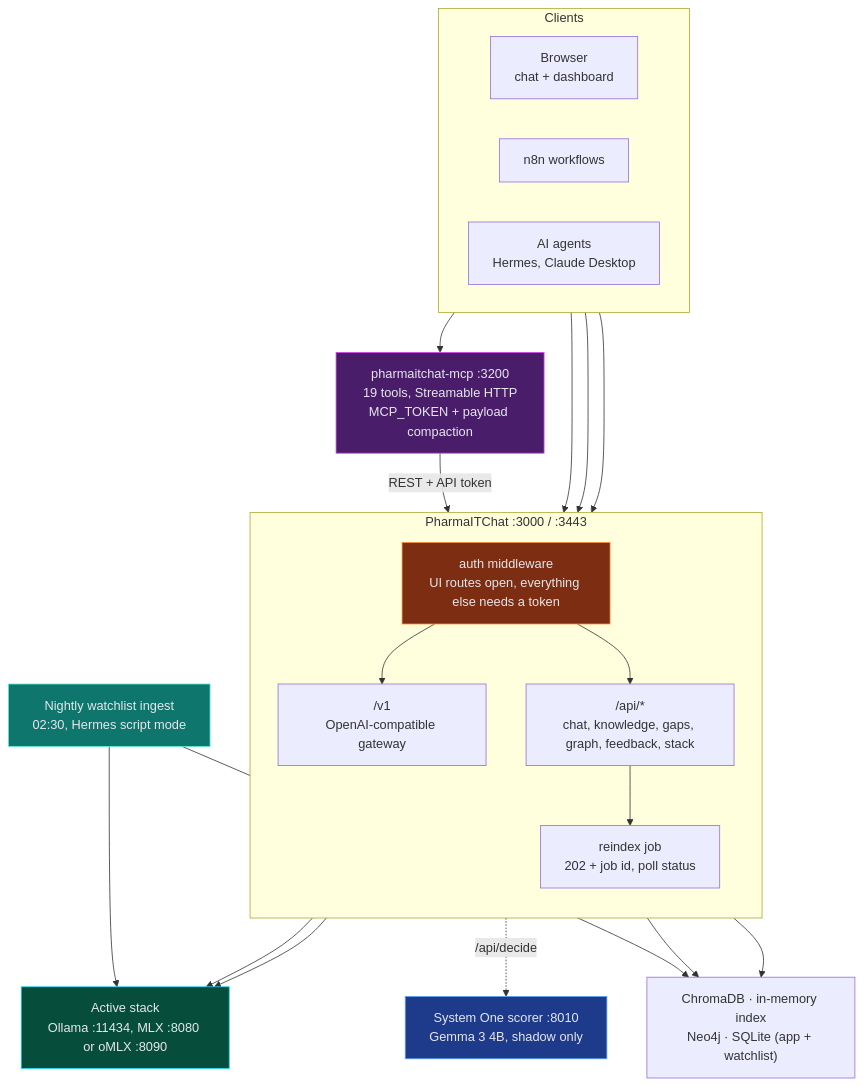
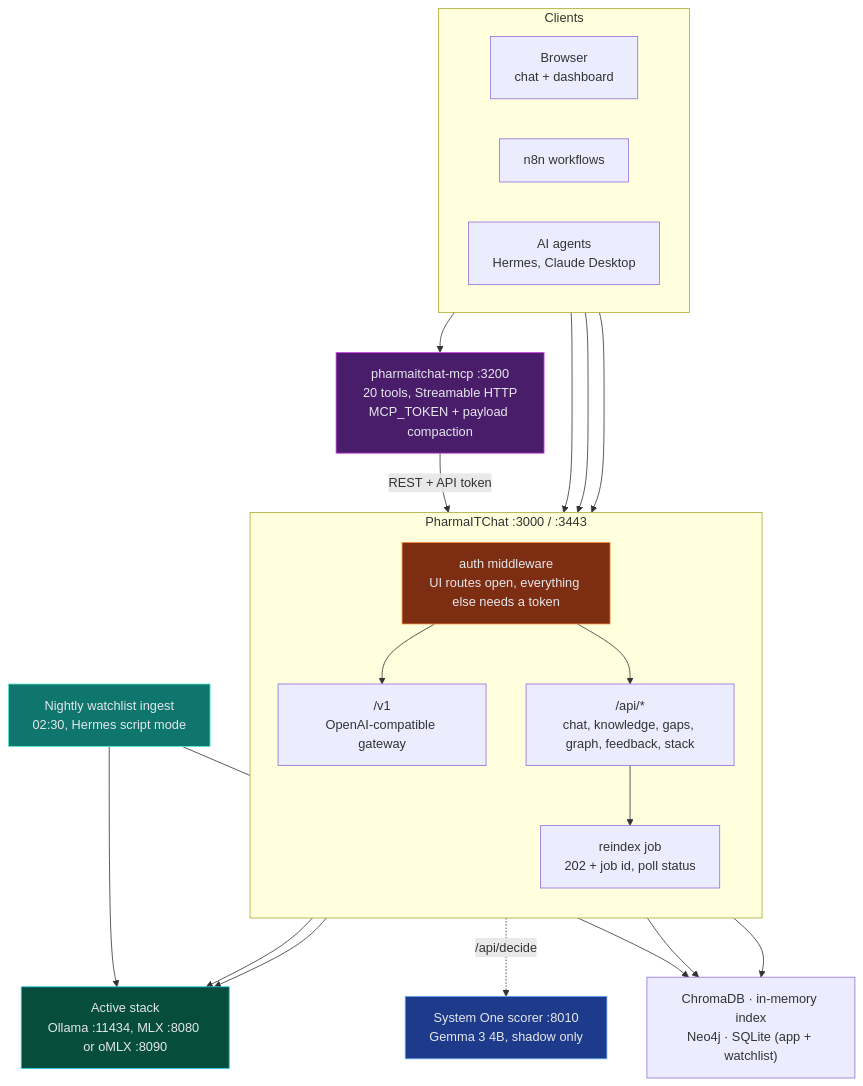
Before and after one commit to sebdallais-git/PharmaIT_Chat_and_Digest: diagram 13 of 13 in README.md, drawn with Mermaid. The commit also changed other lines of this file and 19 other files, not shown here.

````diff
--- a/README.md
+++ b/README.md
@@ -886,46 +921,46 @@
 ```mermaid
 flowchart TB
     subgraph CL["Clients"]
         direction LR
         B["Browser<br/>chat + dashboard"]
         N["n8n workflows"]
         AG["AI agents<br/>Hermes, Claude Desktop"]
     end
 
-    MCP["pharmaitchat-mcp :3200<br/>19 tools, Streamable HTTP<br/>MCP_TOKEN + payload compaction"]
+    MCP["pharmaitchat-mcp :3200<br/>20 tools, Streamable HTTP<br/>MCP_TOKEN + payload compaction"]
 
     subgraph APP["PharmaITChat :3000 / :3443"]
         direction TB
         AUTH["auth middleware<br/>UI routes open, everything else needs a token"]
         V1["/v1<br/>OpenAI-compatible gateway"]
         API["/api/*<br/>chat, knowledge, gaps, graph, feedback, stack"]
         RJ["reindex job<br/>202 + job id, poll status"]
     end
 
     CRON["Nightly watchlist ingest<br/>02:30, Hermes script mode"]
     STACK["Active stack<br/>Ollama :11434, MLX :8080 or oMLX :8090"]
     JEV["System One scorer :8010<br/>Gemma 3 4B, shadow only"]
     DATA["ChromaDB · in-memory index<br/>Neo4j · SQLite (app + watchlist)"]
 
     B --> AUTH
     N --> AUTH
     AG --> MCP
     AG --> AUTH
     MCP -- "REST + API token" --> AUTH
     AUTH --> V1
     AUTH --> API
     API --> RJ
     V1 --> STACK
     API --> STACK
     API -. "/api/decide" .-> JEV
     API --> DATA
     RJ --> DATA
     CRON --> STACK
     CRON --> DATA
 
     style AUTH fill:#7c2d12,stroke:#fb923c,color:#e5e7eb
     style MCP fill:#4a1d6b,stroke:#d946ef,color:#e5e7eb
     style STACK fill:#064e3b,stroke:#22d3ee,color:#e5e7eb
     style CRON fill:#0f766e,stroke:#5eead4,color:#e5e7eb
     style JEV fill:#1e3a8a,stroke:#60a5fa,color:#e5e7eb
 ```
````
